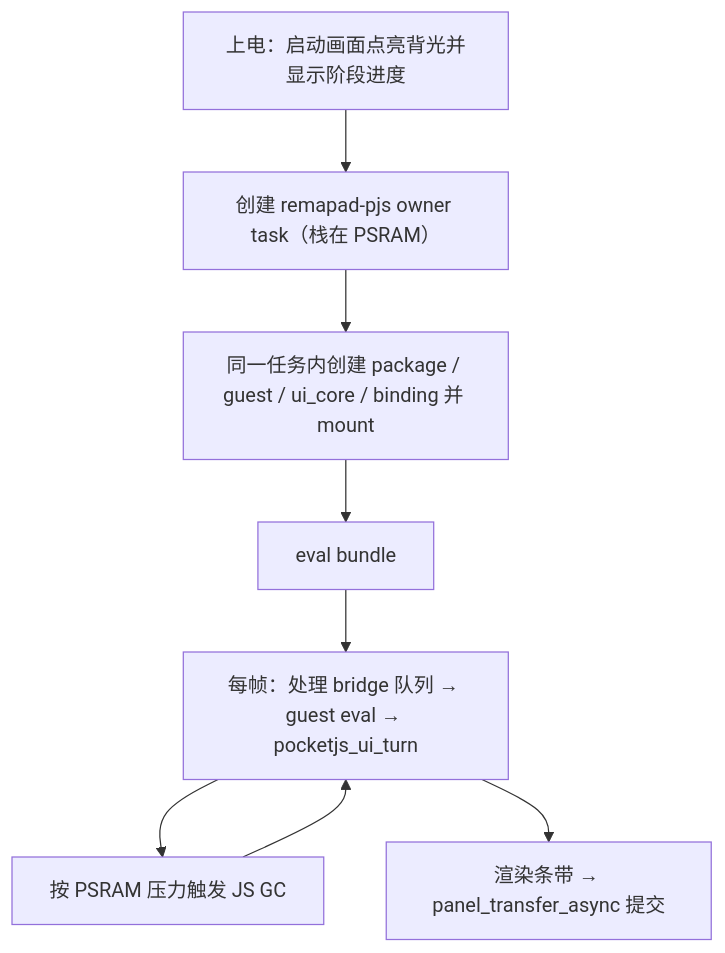
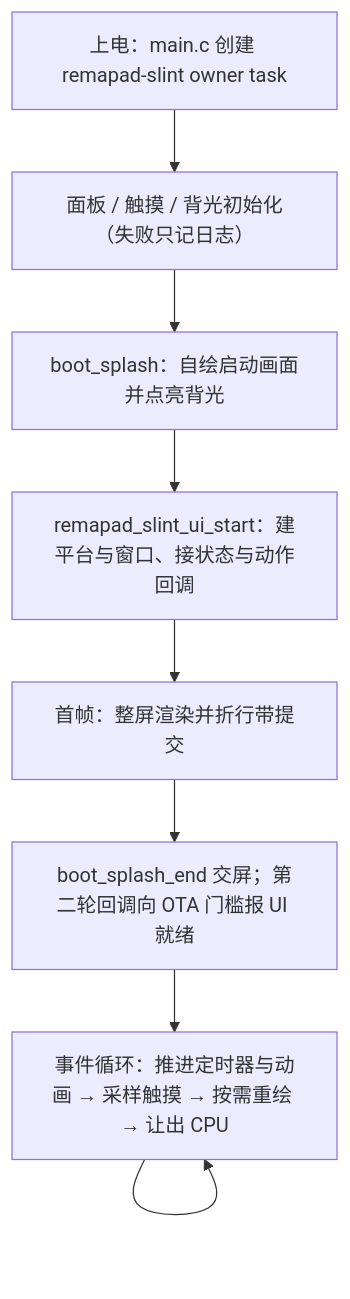
One commit to slime7/remapad changed the fourth of 9 diagrams in docs/ARCHITECTURE.md. Above: the diagram before and after it, drawn with Mermaid. The commit also changed other lines of this file and 196 other files, not shown here.

````diff
--- a/docs/ARCHITECTURE.md
+++ b/docs/ARCHITECTURE.md
@@ -176,10 +166,10 @@
 ```mermaid
 flowchart TB
-    Boot["上电：启动画面点亮背光并显示阶段进度"] --> Owner["创建 remapad-pjs owner task（栈在 PSRAM）"]
-    Owner --> Mount["同一任务内创建 package / guest / ui_core / binding 并 mount"]
-    Mount --> Eval["eval bundle"]
-    Eval --> Turn["每帧：处理 bridge 队列 → guest eval → pocketjs_ui_turn"]
-    Turn --> Gc["按 PSRAM 压力触发 JS GC"]
-    Gc --> Turn
-    Turn --> Submit["渲染条带 → panel_transfer_async 提交"]
+    Boot["上电：main.c 创建 remapad-slint owner task"] --> Drv["面板 / 触摸 / 背光初始化（失败只记日志）"]
+    Drv --> Splash["boot_splash：自绘启动画面并点亮背光"]
+    Splash --> Start["remapad_slint_ui_start：建平台与窗口、接状态与动作回调"]
+    Start --> First["首帧：整屏渲染并折行带提交"]
+    First --> Ready["boot_splash_end 交屏；第二轮回调向 OTA 门槛报 UI 就绪"]
+    Ready --> Loop["事件循环：推进定时器与动画 → 采样触摸 → 按需重绘 → 让出 CPU"]
+    Loop --> Loop
 ```
````
